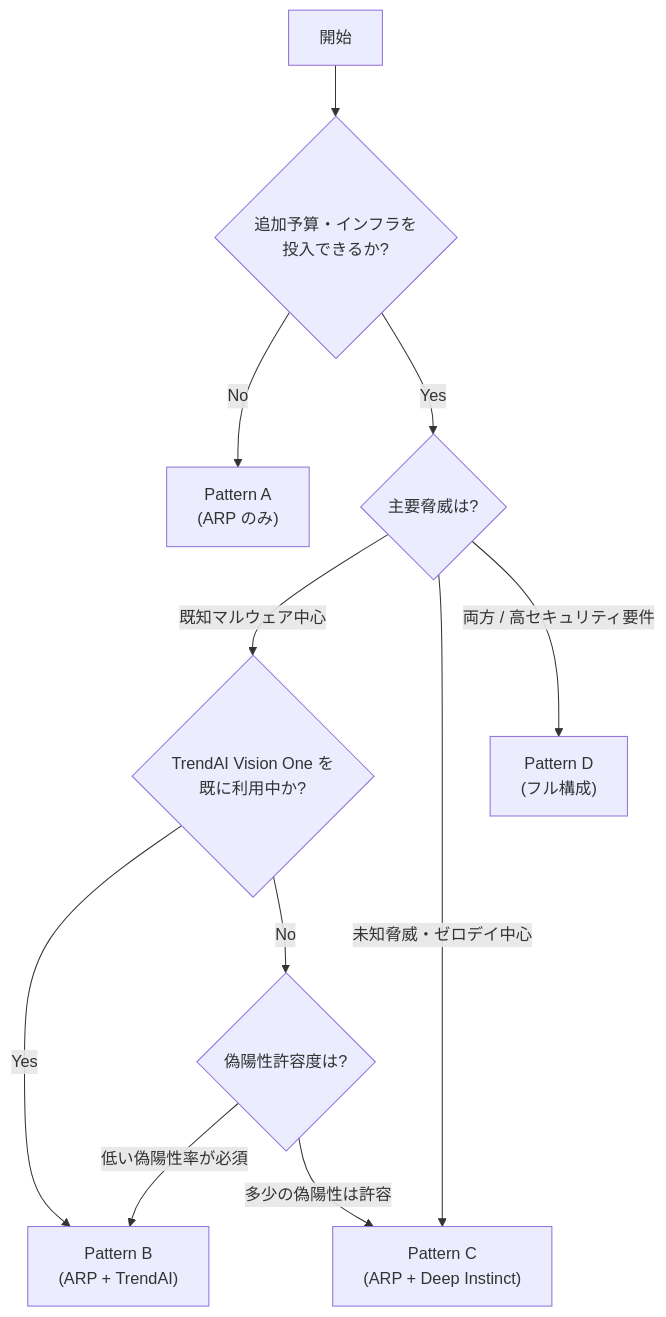
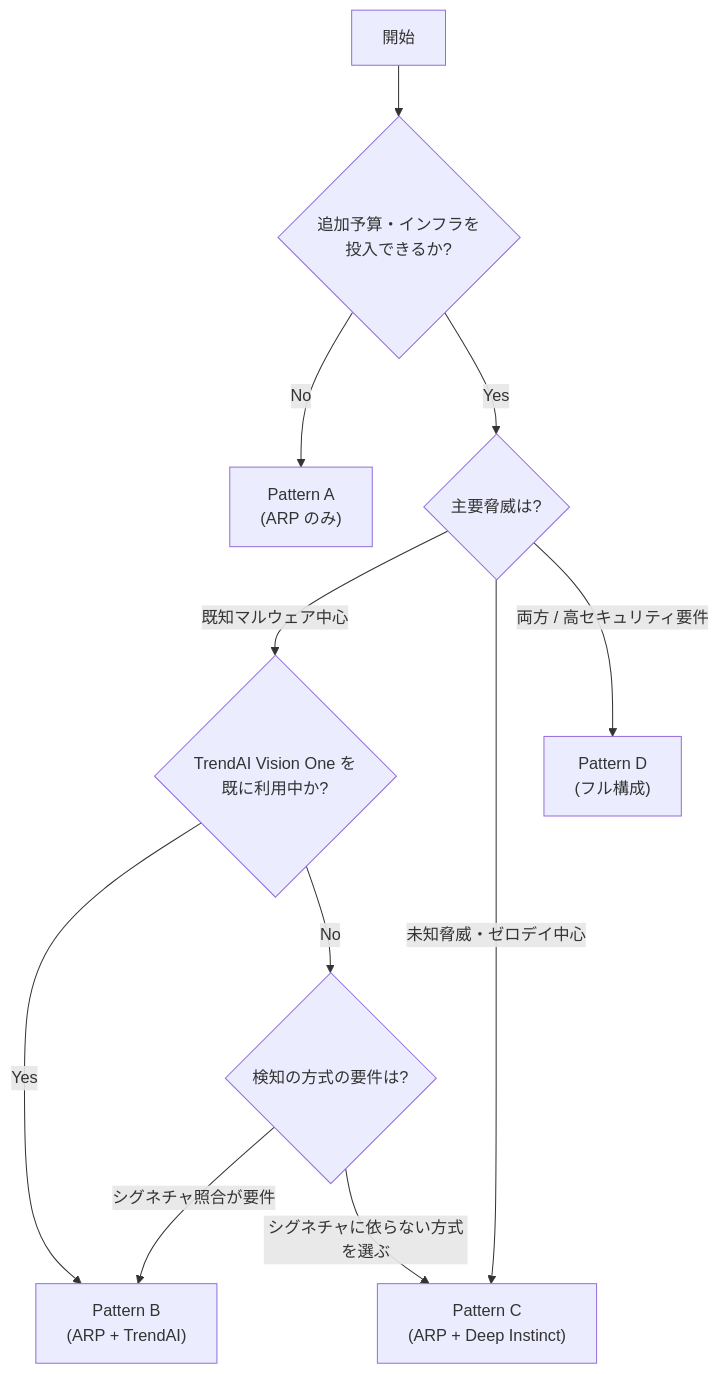
One commit to Yoshiki0705/FSx-for-ONTAP-Cyber-Resilience-Patterns changed the sixth of 6 diagrams in docs/comparison-security-layers.md. Above: the diagram before and after it, drawn with Mermaid. The commit also changed other lines of this file and 46 other files, not shown here.

````diff
--- a/docs/comparison-security-layers.md
+++ b/docs/comparison-security-layers.md
@@ -262,16 +263,16 @@
 ```mermaid
 flowchart TD
     START[開始] --> Q1{追加予算・インフラを<br/>投入できるか?}
     Q1 -->|No| PA["Pattern A<br/>(ARP のみ)"]
     Q1 -->|Yes| Q2{主要脅威は?}
 
     Q2 -->|既知マルウェア中心| Q3{TrendAI Vision One を<br/>既に利用中か?}
     Q2 -->|未知脅威・ゼロデイ中心| PC["Pattern C<br/>(ARP + Deep Instinct)"]
     Q2 -->|両方 / 高セキュリティ要件| PD["Pattern D<br/>(フル構成)"]
 
     Q3 -->|Yes| PB["Pattern B<br/>(ARP + TrendAI)"]
-    Q3 -->|No| Q4{偽陽性許容度は?}
+    Q3 -->|No| Q4{検知の方式の要件は?}
 
-    Q4 -->|低い偽陽性率が必須| PB
-    Q4 -->|多少の偽陽性は許容| PC
+    Q4 -->|シグネチャ照合が要件| PB
+    Q4 -->|シグネチャに依らない方式を選ぶ| PC
 ```
````
